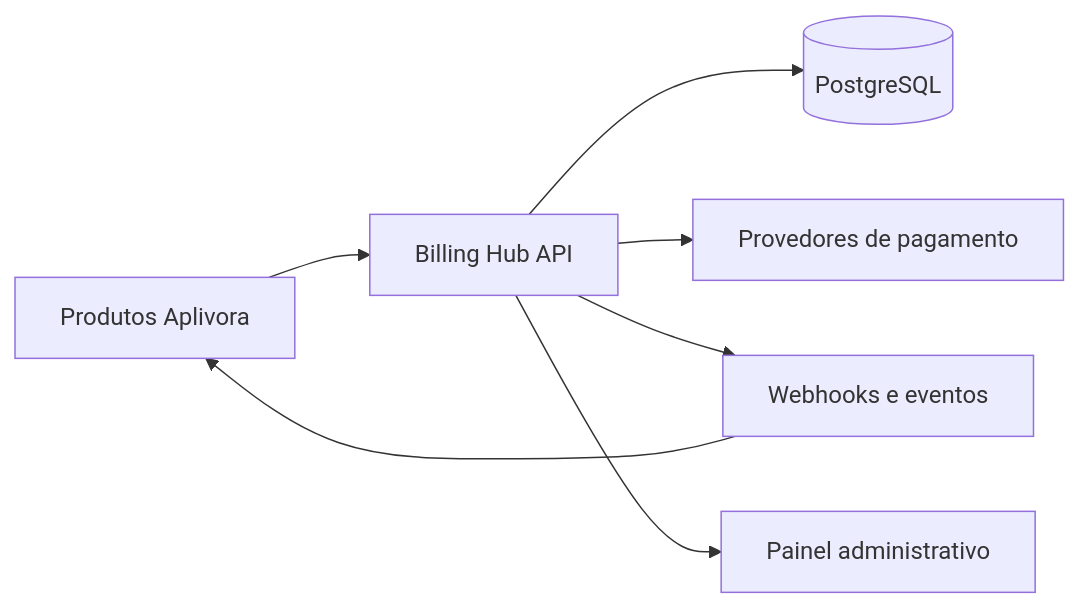
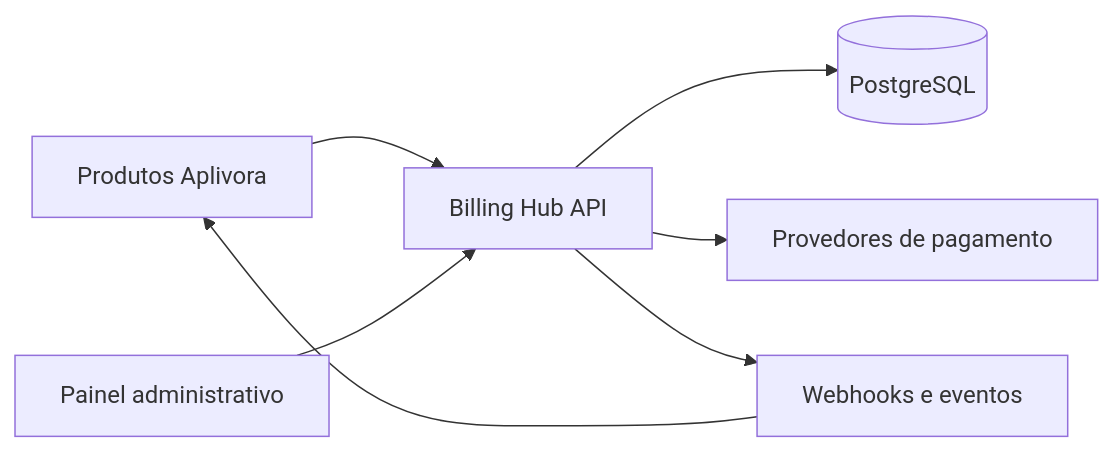
One commit to nicholasrichardsonsecurity/aplivora-billing-hub changed the diagram in README.md. Above: the diagram before and after it, drawn with Mermaid. The commit also changed other lines of this file and 8 other files, not shown here.

```diff
--- a/README.md
+++ b/README.md
@@ -93,9 +112,9 @@
 ~~~mermaid
 flowchart LR
     A[Produtos Aplivora] --> B[Billing Hub API]
     B --> C[(PostgreSQL)]
     B --> D[Provedores de pagamento]
     B --> E[Webhooks e eventos]
     E --> A
-    B --> F[Painel administrativo]
+    F[Painel administrativo] --> B
 ~~~
```
